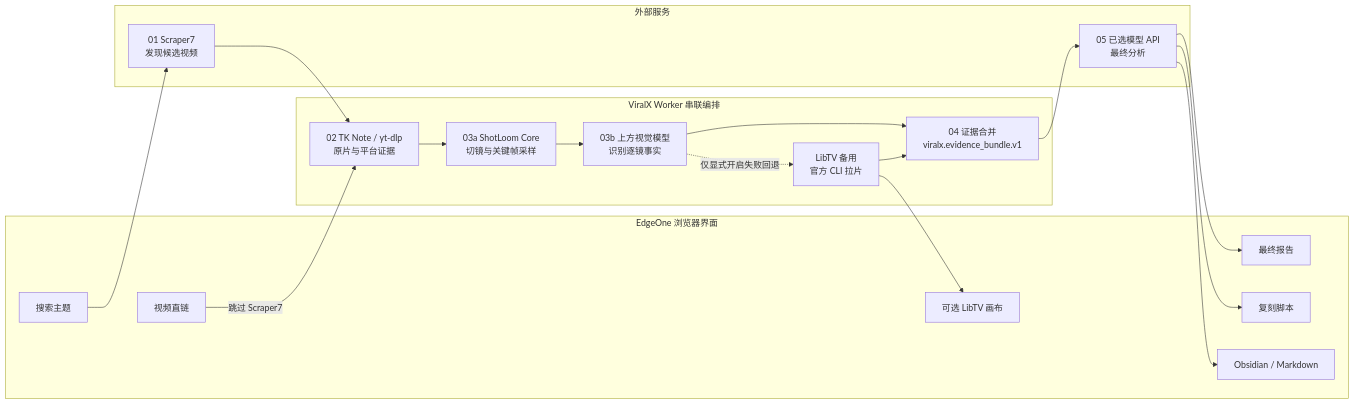
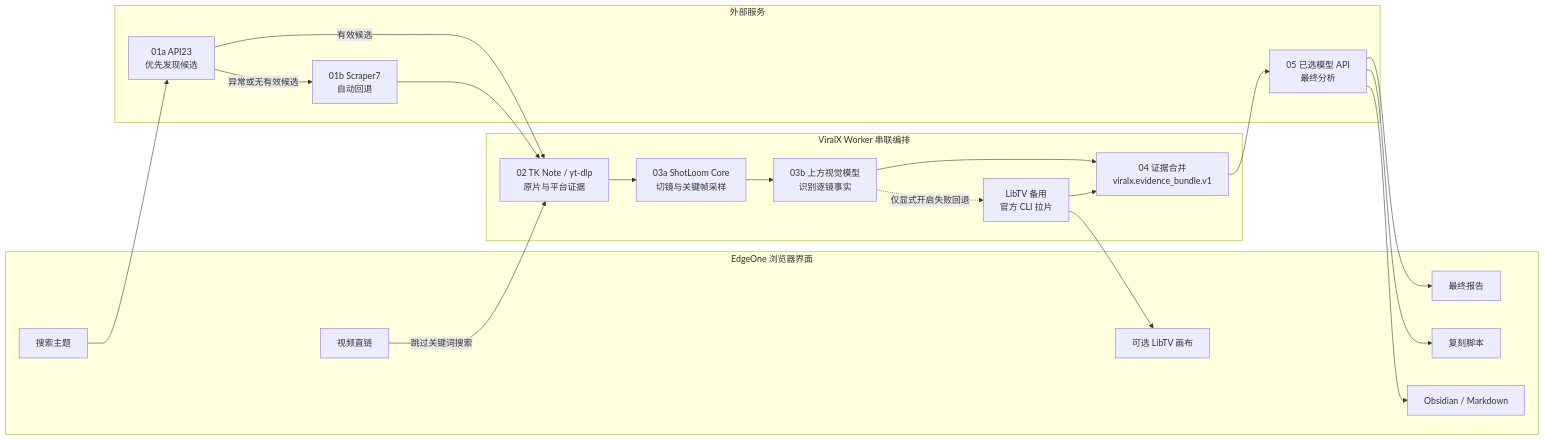
The diagram in docs/assets/viralx-workflow.mmd (chongchonghaoman/ViralX), drawn with Mermaid before and after one commit. The commit also changed 23 other files, not shown here.

```diff
--- a/docs/assets/viralx-workflow.mmd
+++ b/docs/assets/viralx-workflow.mmd
@@ -1,36 +1,39 @@
 flowchart LR
-    K[搜索主题] --> A[01 Scraper7<br/>发现候选视频]
-    U[视频直链] -->|跳过 Scraper7| T
-    A --> T[02 TK Note / yt-dlp<br/>原片与平台证据]
+    K[搜索主题] --> A[01a API23<br/>优先发现候选]
+    A -->|有效候选| T[02 TK Note / yt-dlp<br/>原片与平台证据]
+    A -->|异常或无有效候选| S[01b Scraper7<br/>自动回退]
+    S --> T
+    U[视频直链] -->|跳过关键词搜索| T
     T --> F[03a ShotLoom Core<br/>切镜与关键帧采样]
     F --> V[03b 上方视觉模型<br/>识别逐镜事实]
     V -. 仅显式开启失败回退 .-> L[LibTV 备用<br/>官方 CLI 拉片]
     V --> E[04 证据合并<br/>viralx.evidence_bundle.v1]
     L --> E
     E --> M[05 已选模型 API<br/>最终分析]
     M --> R[最终报告]
     M --> P[复刻脚本]
     M --> O[Obsidian / Markdown]
     L --> C[可选 LibTV 画布]
 
     subgraph Browser[EdgeOne 浏览器界面]
         K
         U
         R
         P
         O
         C
     end
 
     subgraph Worker[ViralX Worker 串联编排]
         T
         F
         V
         L
         E
     end
 
     subgraph Services[外部服务]
         A
+        S
         M
     end
```
